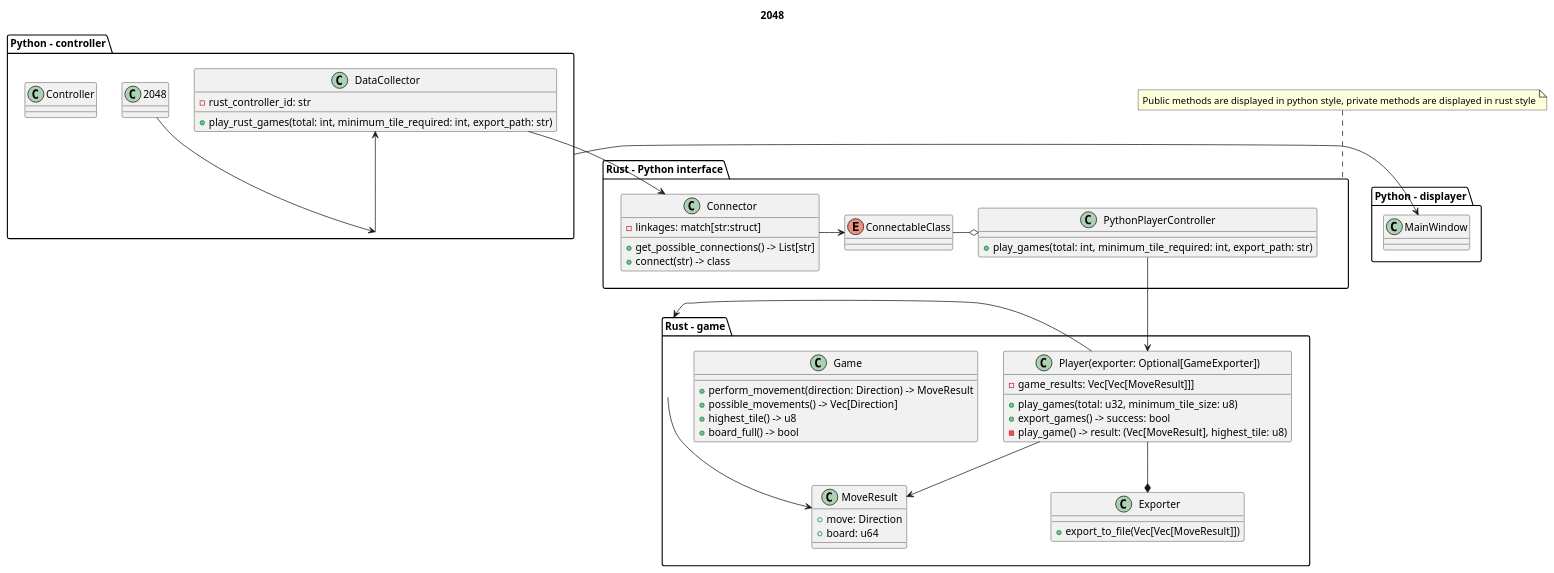
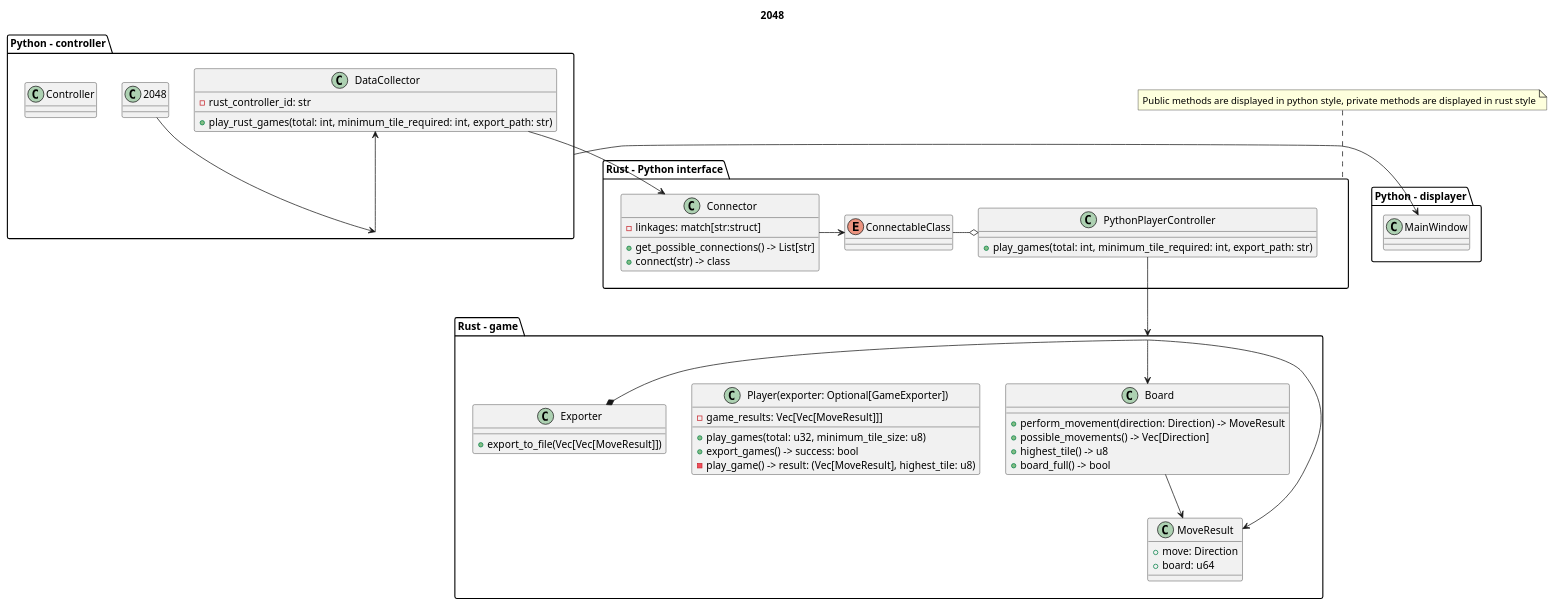
Before and after one commit to LuukHenk/2048-Solver: the diagram in docs/design.puml, drawn with PlantUML. The commit also changed 19 other files, not shown here.

Commit message:
Renamed game to board and added the game class

```diff
--- a/docs/design.puml
+++ b/docs/design.puml
@@ -1,80 +1,80 @@
 @startuml 2048
 
 title 2048
 
 package rust_game as "Rust - game" {
 
     class rust_move_result as "MoveResult" {
         + move: Direction
         + board: u64
     }
-    class rust_player as "Player(exporter: Optional[GameExporter])" {
+    class rust_game as "Player(exporter: Optional[GameExporter])" {
         + play_games(total: u32, minimum_tile_size: u8)
         + export_games() -> success: bool
         - play_game() -> result: (Vec[MoveResult], highest_tile: u8)
         - game_results: Vec[Vec[MoveResult]]]
     }
-    class rust_game as "Game" {
+    class rust_board as "Board" {
         + perform_movement(direction: Direction) -> MoveResult
         + possible_movements() -> Vec[Direction]
         + highest_tile() -> u8
         + board_full() -> bool
     }
     class rust_exporter as "Exporter" {
         + export_to_file(Vec[Vec[MoveResult]])
     }
 
 }
 
+rust_board --> rust_move_result
+rust_game -> rust_board
 rust_game --> rust_move_result
-rust_player -> rust_game
-rust_player --> rust_move_result
-rust_player --* rust_exporter
+rust_game --* rust_exporter
 
 package rust_python as "Rust - Python interface" {
     enum connectable as "ConnectableClass"
 
     class rust_connector as "Connector" {
         + get_possible_connections() -> List[str]
         + connect(str) -> class
         - linkages: match[str:struct]
     }
 
-    class rust_player_controller as "PythonPlayerController" {
+    class rust_game_controller as "PythonPlayerController" {
         + play_games(total: int, minimum_tile_required: int, export_path: str)
     }
 }
 
 note top of rust_python
     Public methods are displayed in python style, private methods are displayed in rust style
 endnote
 
 rust_connector -> connectable
-connectable -o rust_player_controller
-rust_player_controller --> rust_player
+connectable -o rust_game_controller
+rust_game_controller --> rust_game
 
 package py_controller as "Python - controller" {
     class 2048 {
     }
 
     class py_controller as "Controller" {
     }
 
     class py_data_collector as "DataCollector" {
         - rust_controller_id: str
         + play_rust_games(total: int, minimum_tile_required: int, export_path: str)
     }
 }
 
 2048 --> py_controller 
 py_controller -> py_data_collector
 py_data_collector --> rust_connector
 
 package py_displayer as "Python - displayer" {
     class py_main_window as "MainWindow" {
     }
 }
 
 py_controller -> py_main_window
 
 @enduml
```
